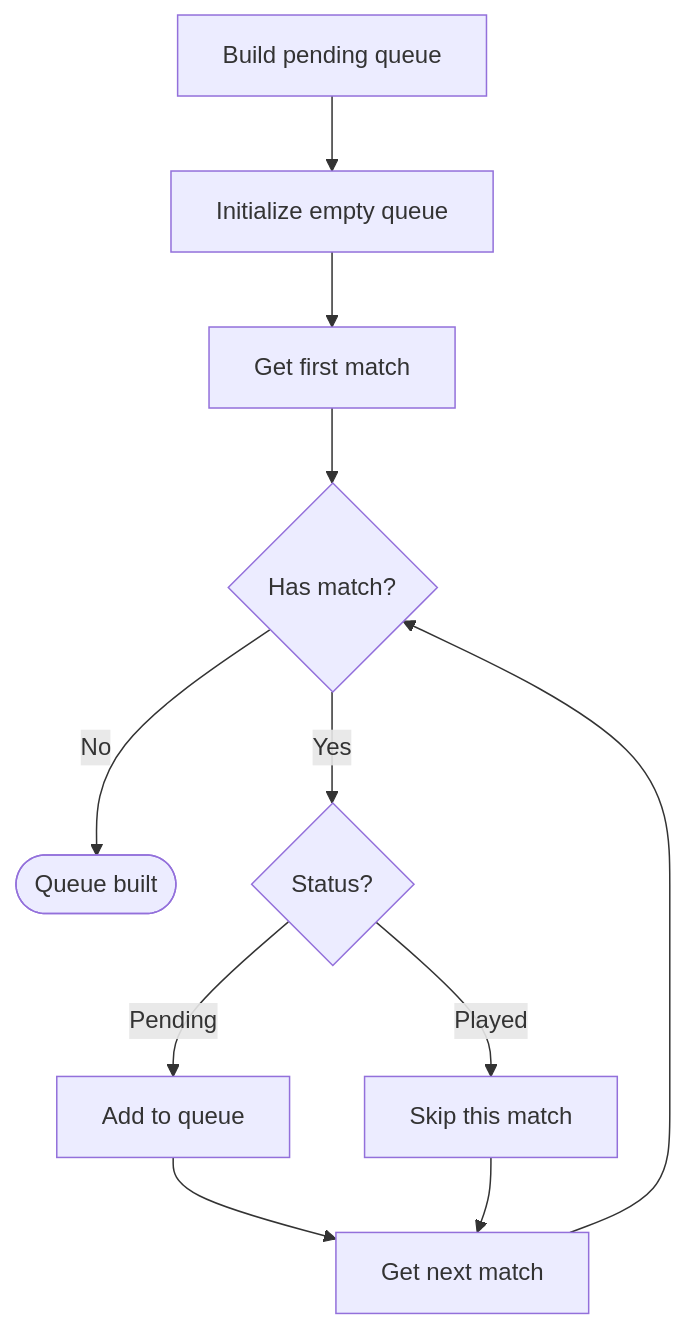
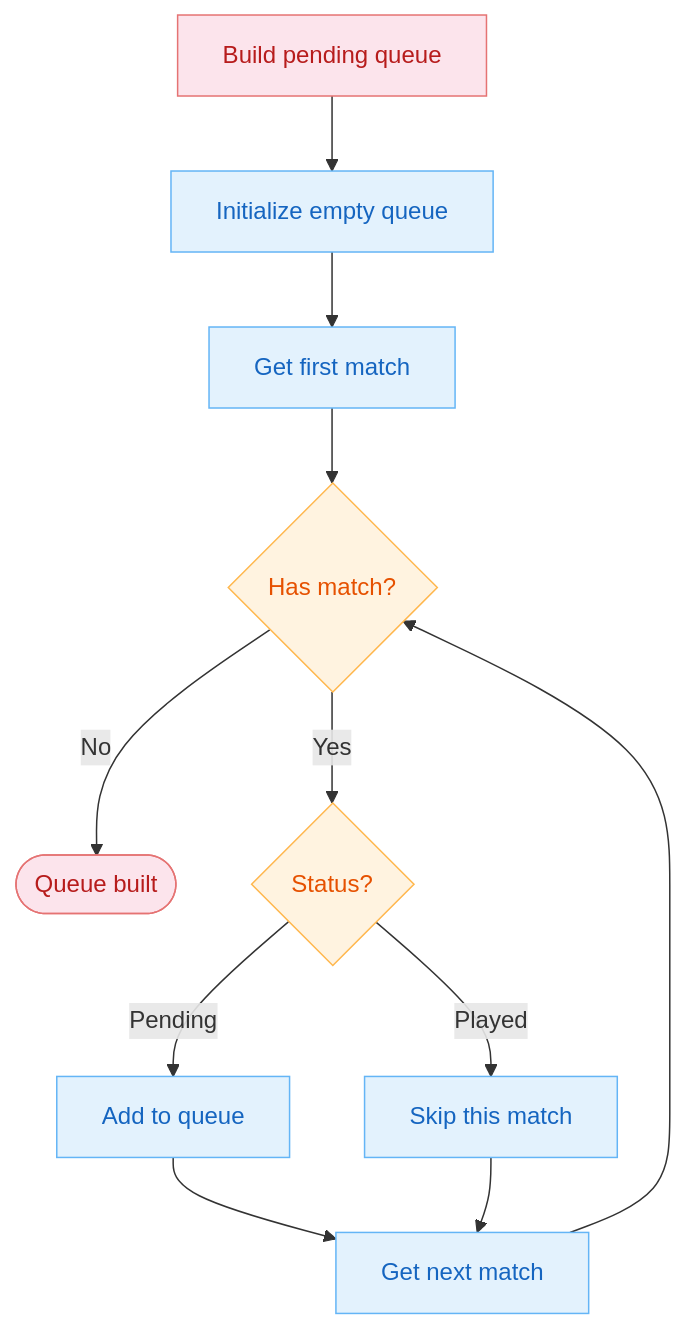
Before and after one commit to khanhthanhdev/CompSys: diagram 18 of 18 in README.md, drawn with Mermaid. The commit also changed other lines of this file and 8 other files, not shown here.

````diff
--- a/README.md
+++ b/README.md
@@ -501,18 +591,22 @@
 ```mermaid
 flowchart TD
-    Start[Build pending queue] --> Init[Initialize empty queue]
-    Init --> GetFirst[Get first match]
-    GetFirst --> HasMatch{Has match?}
+    classDef startEnd fill:#fce4ec,stroke:#e57373,color:#b71c1c
+    classDef process fill:#e3f2fd,stroke:#64b5f6,color:#1565c0
+    classDef decision fill:#fff3e0,stroke:#ffb74d,color:#e65100
+
+    Start[Build pending queue]:::startEnd --> Init[Initialize empty queue]:::process
+    Init --> GetFirst[Get first match]:::process
+    GetFirst --> HasMatch{Has match?}:::decision
     
-    HasMatch -->|No| Done([Queue built])
+    HasMatch -->|No| Done([Queue built]):::startEnd
     
-    HasMatch -->|Yes| CheckStatus{Status?}
+    HasMatch -->|Yes| CheckStatus{Status?}:::decision
     
-    CheckStatus -->|Pending| Enqueue[Add to queue]
-    CheckStatus -->|Played| Skip[Skip this match]
+    CheckStatus -->|Pending| Enqueue[Add to queue]:::process
+    CheckStatus -->|Played| Skip[Skip this match]:::process
     
-    Enqueue --> GetNext[Get next match]
+    Enqueue --> GetNext[Get next match]:::process
     Skip --> GetNext
     
     GetNext --> HasMatch
 ```
````
